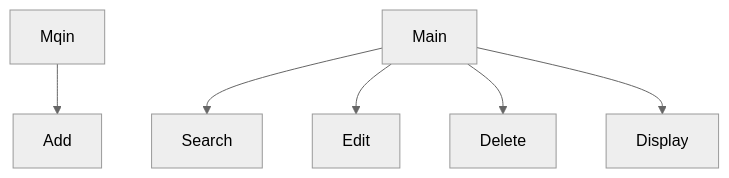
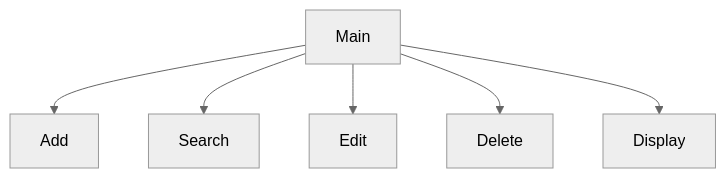
One commit to RomanPeine/Chap6-project changed the diagram in README.md. Above: the diagram before and after it, drawn with Mermaid (neutral theme).

````diff
--- a/README.md
+++ b/README.md
@@ -8,8 +8,8 @@
 ```mermaid
 graph TD;
-  Mqin-->Add;
+  Main-->Add;
   Main-->Search;
   Main-->Edit;
   Main-->Delete;
   Main-->Display;
 ```
````
